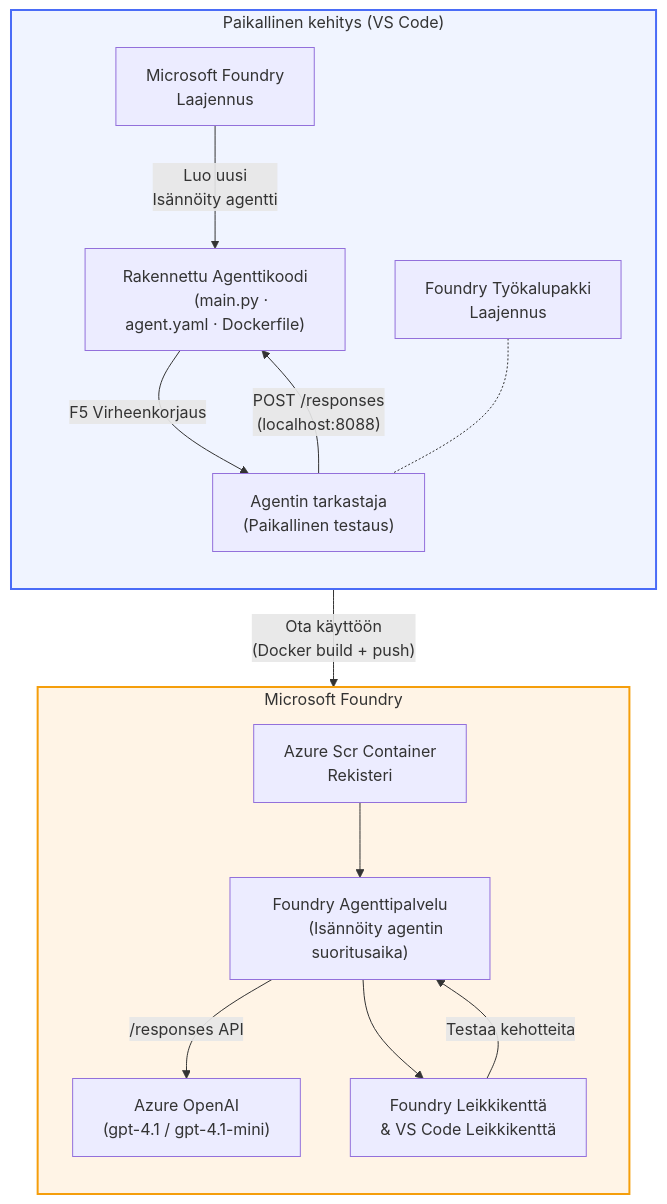
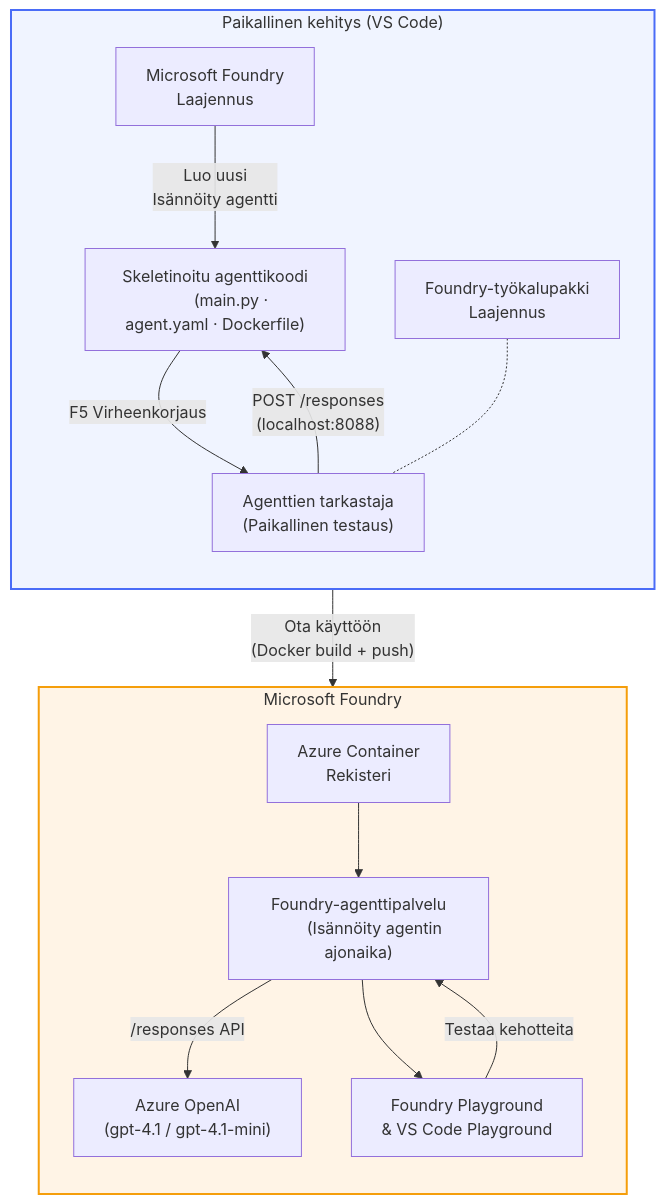
One commit to microsoft-foundry/Foundry_Toolkit_for_VSCode_Lab changed the diagram in translations/fi/README.md. Above: the diagram before and after it, drawn with Mermaid. The commit also changed other lines of this file and 110 other files, not shown here.

````diff
--- a/translations/fi/README.md
+++ b/translations/fi/README.md
@@ -48,42 +52,42 @@
 ```mermaid
 flowchart TB
     subgraph Local["Paikallinen kehitys (VS Code)"]
         direction TB
         FE["Microsoft Foundry
         Laajennus"]
-        FoundryToolkit["Foundry Työkalupakki
+        FoundryToolkit["Foundry-työkalupakki
         Laajennus"]
-        Scaffold["Rakennettu Agenttikoodi
+        Scaffold["Skeletinoitu agenttikoodi
         (main.py · agent.yaml · Dockerfile)"]
-        Inspector["Agentin tarkastaja
+        Inspector["Agenttien tarkastaja
         (Paikallinen testaus)"]
         FE -- "Luo uusi
         Isännöity agentti" --> Scaffold
         Scaffold -- "F5 Virheenkorjaus" --> Inspector
         FoundryToolkit -.- Inspector
     end
 
     subgraph Cloud["Microsoft Foundry"]
         direction TB
-        ACR["Azure Scr Container
+        ACR["Azure Container
         Rekisteri"]
-        AgentService["Foundry Agenttipalvelu
-        (Isännöity agentin suoritusaika)"]
+        AgentService["Foundry-agenttipalvelu
+        (Isännöity agentin ajonaika)"]
         Model["Azure OpenAI
         (gpt-4.1 / gpt-4.1-mini)"]
-        Playground["Foundry Leikkikenttä
-        & VS Code Leikkikenttä"]
+        Playground["Foundry Playground
+        & VS Code Playground"]
         ACR --> AgentService
         AgentService -- "/responses API" --> Model
         AgentService --> Playground
     end
 
     Scaffold -- "Ota käyttöön
     (Docker build + push)" --> ACR
     Inspector -- "POST /responses
     (localhost:8088)" --> Scaffold
     Playground -- "Testaa kehotteita" --> AgentService
 
     style Local fill:#f0f4ff,stroke:#4a6cf7,stroke-width:2px
     style Cloud fill:#fff4e6,stroke:#f59e0b,stroke-width:2px
 ```
````
